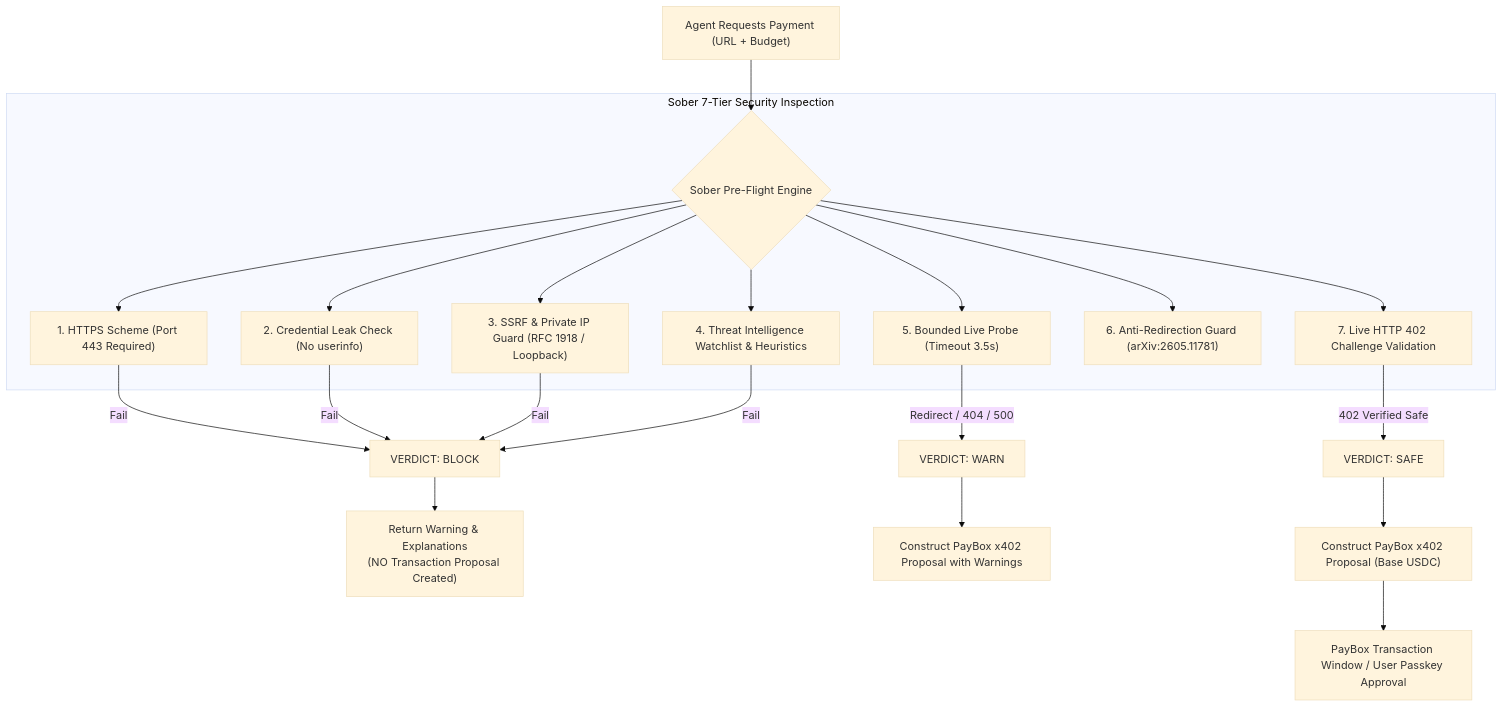
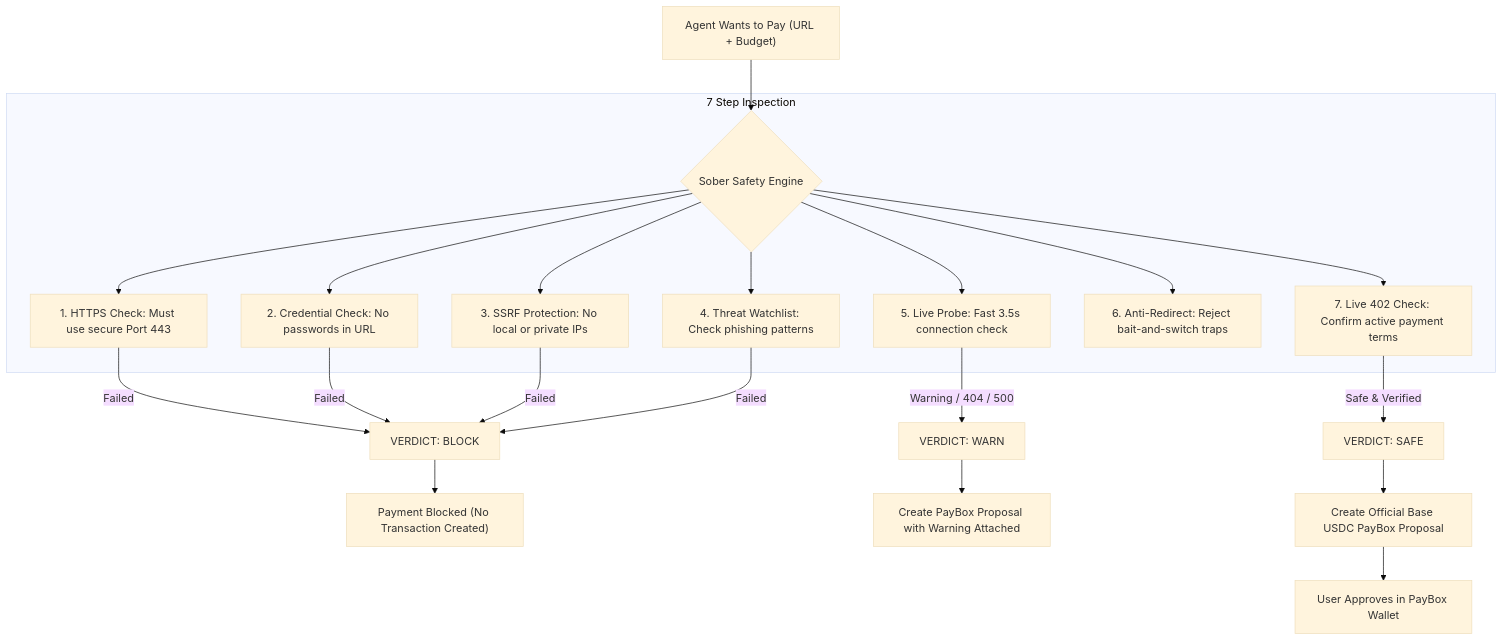
Before and after one commit to Habuskid/sober: the first of 2 diagrams in README.md, drawn with Mermaid (base theme). The commit also changed other lines of this file, not shown here.

Commit message:
docs: clean up README, remove em-dashes, add emojis and plain English explanations

````diff
--- a/README.md
+++ b/README.md
@@ -39,29 +49,29 @@
 ```mermaid
 flowchart TD
-    A["Agent Requests Payment (URL + Budget)"] --> B{"Sober Pre-Flight Engine"}
+    A["Agent Wants to Pay (URL + Budget)"] --> B{"Sober Safety Engine"}
     
-    subgraph PreFlightChecks["Sober 7-Tier Security Inspection"]
-        B --> C1["1. HTTPS Scheme (Port 443 Required)"]
-        B --> C2["2. Credential Leak Check (No userinfo)"]
-        B --> C3["3. SSRF & Private IP Guard (RFC 1918 / Loopback)"]
-        B --> C4["4. Threat Intelligence Watchlist & Heuristics"]
-        B --> C5["5. Bounded Live Probe (Timeout 3.5s)"]
-        B --> C6["6. Anti-Redirection Guard (arXiv:2605.11781)"]
-        B --> C7["7. Live HTTP 402 Challenge Validation"]
+    subgraph Pipeline["7 Step Inspection"]
+        B --> C1["1. HTTPS Check: Must use secure Port 443"]
+        B --> C2["2. Credential Check: No passwords in URL"]
+        B --> C3["3. SSRF Protection: No local or private IPs"]
+        B --> C4["4. Threat Watchlist: Check phishing patterns"]
+        B --> C5["5. Live Probe: Fast 3.5s connection check"]
+        B --> C6["6. Anti-Redirect: Reject bait-and-switch traps"]
+        B --> C7["7. Live 402 Check: Confirm active payment terms"]
     end
     
-    C1 -->|Fail| D["VERDICT: BLOCK"]
-    C2 -->|Fail| D
-    C3 -->|Fail| D
-    C4 -->|Fail| D
+    C1 -->|Failed| D["VERDICT: BLOCK"]
+    C2 -->|Failed| D
+    C3 -->|Failed| D
+    C4 -->|Failed| D
     
-    C5 -->|Redirect / 404 / 500| E["VERDICT: WARN"]
+    C5 -->|Warning / 404 / 500| E["VERDICT: WARN"]
     
-    C7 -->|402 Verified Safe| F["VERDICT: SAFE"]
+    C7 -->|Safe & Verified| F["VERDICT: SAFE"]
     
-    D --> G["Return Warning & Explanations\n(NO Transaction Proposal Created)"]
-    E --> H["Construct PayBox x402 Proposal with Warnings"]
-    F --> I["Construct PayBox x402 Proposal (Base USDC)"]
+    D --> G["Payment Blocked (No Transaction Created)"]
+    E --> H["Create PayBox Proposal with Warning Attached"]
+    F --> I["Create Official Base USDC PayBox Proposal"]
     
-    I --> J["PayBox Transaction Window / User Passkey Approval"]
+    I --> J["User Approves in PayBox Wallet"]
 ```
````
